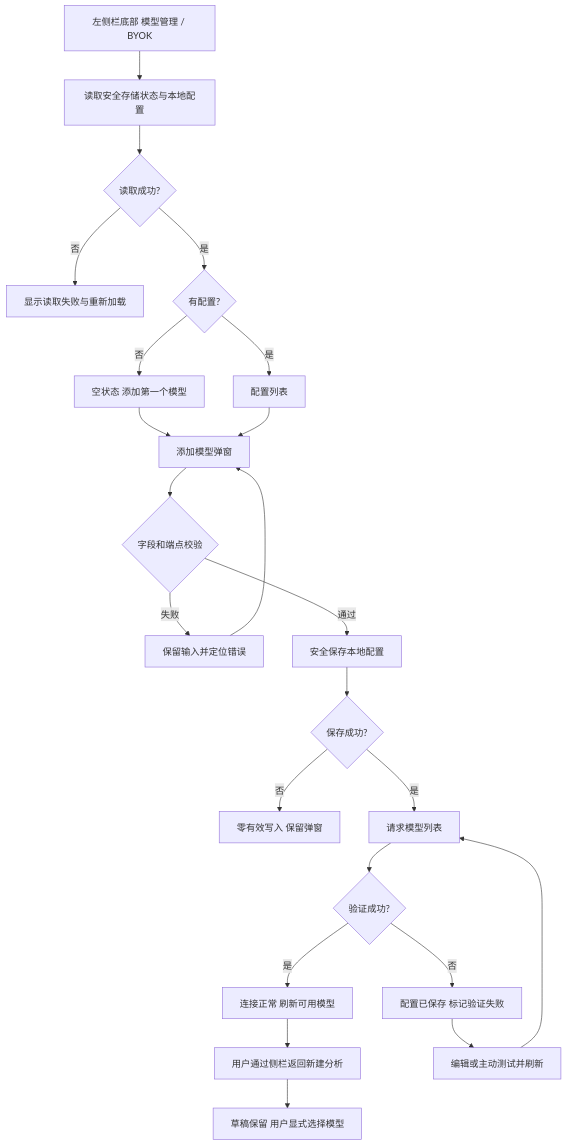
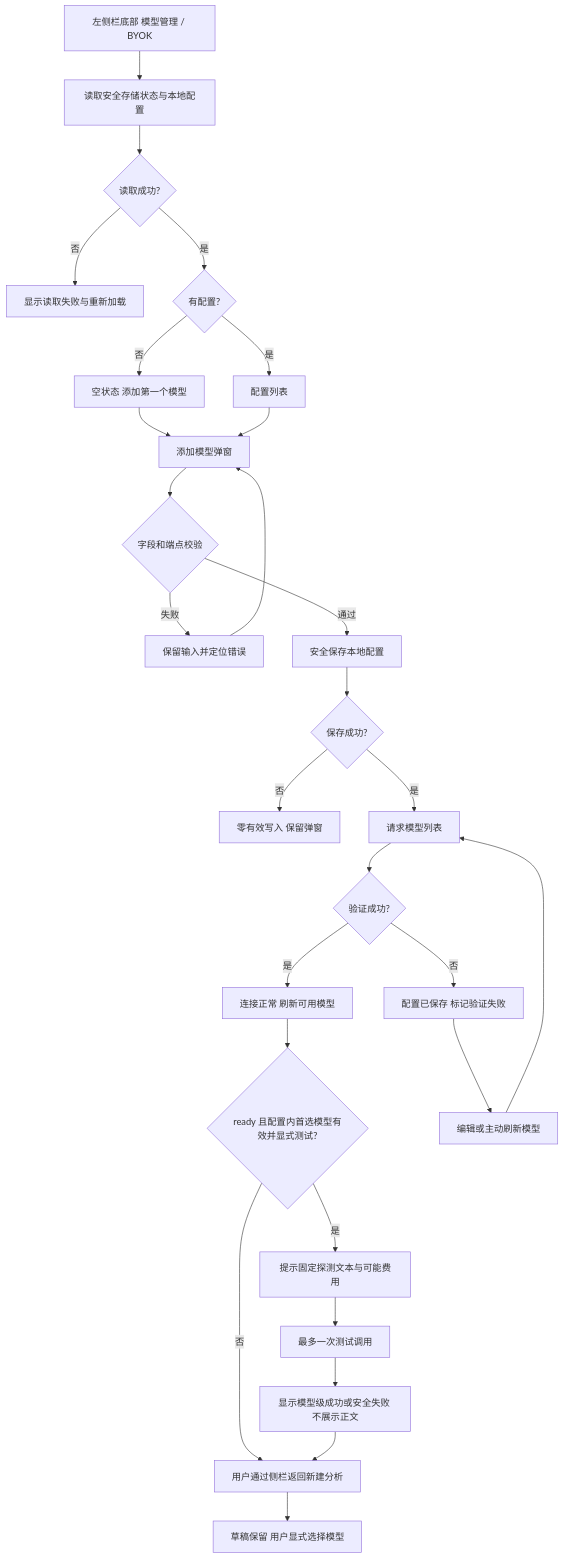
Before and after one commit to wzhic/material: the first of 5 diagrams in docs/requirements/模型管理与自定义模型-REQ-0006/模型管理与自定义模型-REQ-0006-v1.0.md, drawn with Mermaid. The commit also changed other lines of this file and 15 other files, not shown here.

````diff
--- a/docs/requirements/模型管理与自定义模型-REQ-0006/模型管理与自定义模型-REQ-0006-v1.0.md
+++ b/docs/requirements/模型管理与自定义模型-REQ-0006/模型管理与自定义模型-REQ-0006-v1.0.md
@@ -384,25 +418,30 @@
 ```mermaid
 flowchart TD
     A[左侧栏底部 模型管理 / BYOK] --> B[读取安全存储状态与本地配置]
     B --> C{读取成功?}
     C -- 否 --> D[显示读取失败与重新加载]
     C -- 是 --> E{有配置?}
     E -- 否 --> F[空状态 添加第一个模型]
     E -- 是 --> G[配置列表]
     F --> H[添加模型弹窗]
     G --> H
     H --> I{字段和端点校验}
     I -- 失败 --> J[保留输入并定位错误]
     J --> H
     I -- 通过 --> K[安全保存本地配置]
     K --> L{保存成功?}
     L -- 否 --> M[零有效写入 保留弹窗]
     L -- 是 --> N[请求模型列表]
     N --> O{验证成功?}
     O -- 是 --> P[连接正常 刷新可用模型]
     O -- 否 --> Q[配置已保存 标记验证失败]
-    P --> R[用户通过侧栏返回新建分析]
-    Q --> S[编辑或主动测试并刷新]
+    P --> V{ready 且配置内首选模型有效并显式测试?}
+    V -- 否 --> R[用户通过侧栏返回新建分析]
+    V -- 是 --> W[提示固定探测文本与可能费用]
+    W --> X[最多一次测试调用]
+    X --> Y[显示模型级成功或安全失败 不展示正文]
+    Y --> R
+    Q --> S[编辑或主动刷新模型]
     S --> N
     R --> T[草稿保留 用户显式选择模型]
 ```
````
